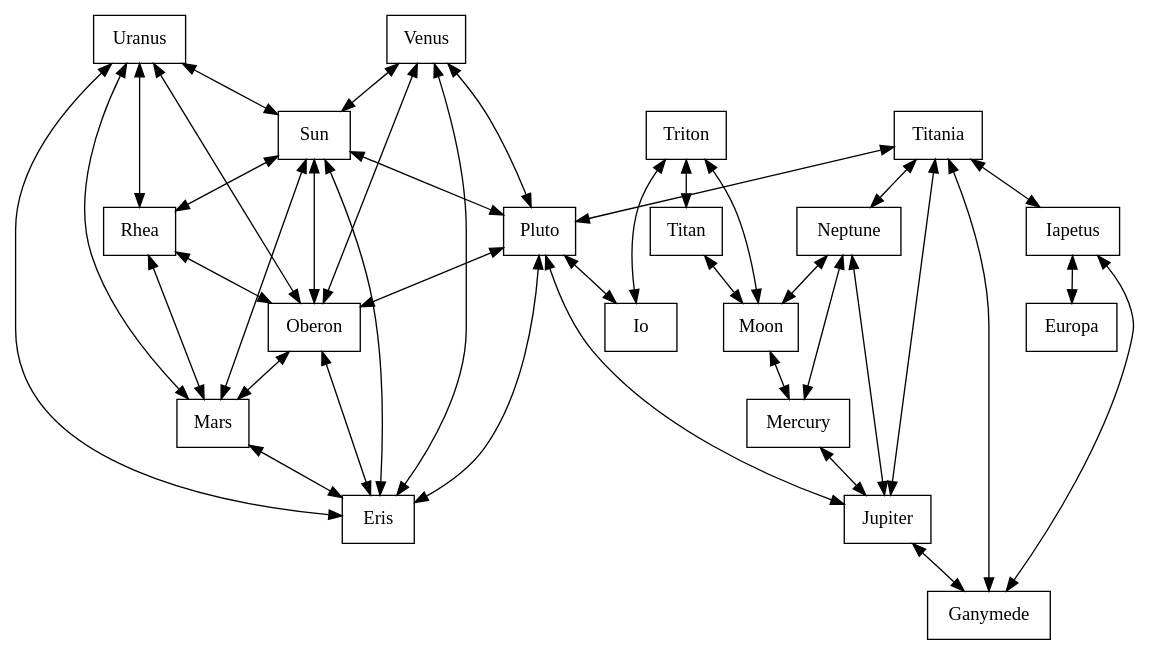
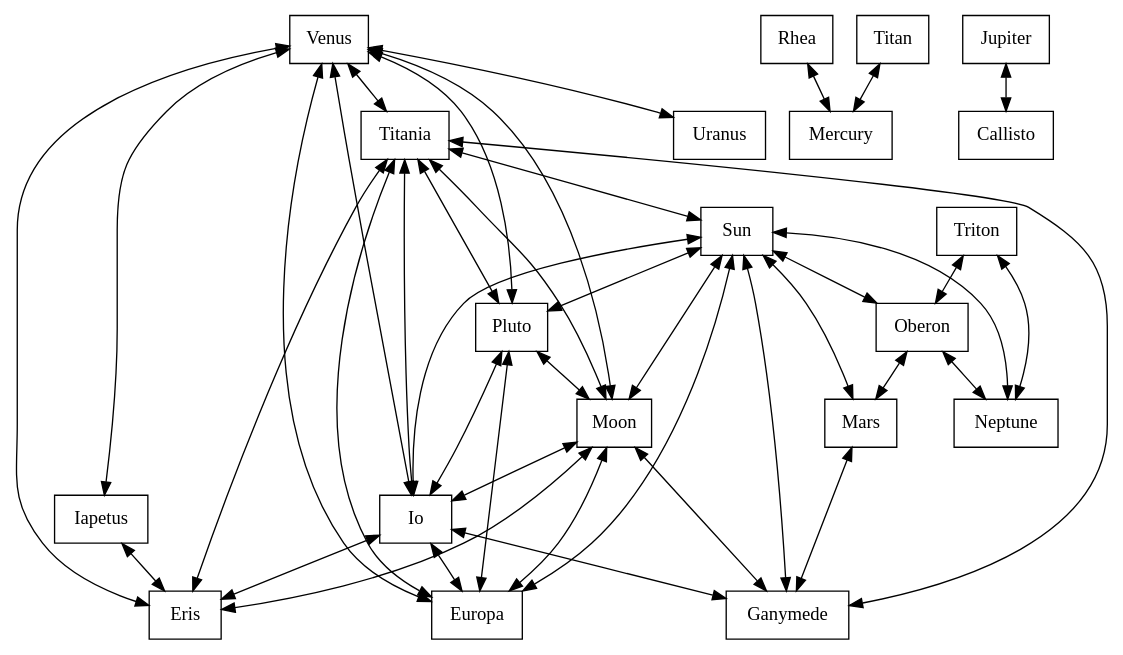
One commit to lmelkamu/JeopardyIsland_Final changed the diagram in map.dot. Above: the diagram before and after it, drawn with Graphviz. The commit also changed 5 other files, not shown here.

```diff
--- a/map.dot
+++ b/map.dot
@@ -1,64 +1,67 @@
 digraph G {
   Eris [fillcolor="#0003E8", label="Eris", shape=box, ];
   Neptune [fillcolor="#0003E8", label="Neptune", shape=box, ];
   Mercury [fillcolor="#0003E8", label="Mercury", shape=box, ];
   Uranus [fillcolor="#0003E8", label="Uranus", shape=box, ];
   Ganymede [fillcolor="#0003E8", label="Ganymede", shape=box, ];
   Rhea [fillcolor="#0003E8", label="Rhea", shape=box, ];
   Titan [fillcolor="#0003E8", label="Titan", shape=box, ];
   Moon [fillcolor="#0003E8", label="Moon", shape=box, ];
   Sun [fillcolor="#0003E8", label="Sun", shape=box, ];
   Oberon [fillcolor="#0003E8", label="Oberon", shape=box, ];
   Venus [fillcolor="#0003E8", label="Venus", shape=box, ];
   Iapetus [fillcolor="#0003E8", label="Iapetus", shape=box, ];
   Titania [fillcolor="#0003E8", label="Titania", shape=box, ];
   Jupiter [fillcolor="#0003E8", label="Jupiter", shape=box, ];
   Europa [fillcolor="#0003E8", label="Europa", shape=box, ];
+  Callisto [fillcolor="#0003E8", label="Callisto", shape=box, ];
   Pluto [fillcolor="#0003E8", label="Pluto", shape=box, ];
   Mars [fillcolor="#0003E8", label="Mars", shape=box, ];
   Io [fillcolor="#0003E8", label="Io", shape=box, ];
   Triton [fillcolor="#0003E8", label="Triton", shape=box, ];
   
   
-  Neptune -> Jupiter [dir=both, ];
-  Neptune -> Mercury [dir=both, ];
-  Neptune -> Moon [dir=both, ];
-  Mercury -> Jupiter [dir=both, ];
-  Uranus -> Eris [dir=both, ];
-  Uranus -> Mars [dir=both, ];
-  Uranus -> Oberon [dir=both, ];
-  Uranus -> Rhea [dir=both, ];
-  Uranus -> Sun [dir=both, ];
-  Rhea -> Mars [dir=both, ];
-  Rhea -> Oberon [dir=both, ];
-  Titan -> Moon [dir=both, ];
-  Moon -> Mercury [dir=both, ];
-  Sun -> Eris [dir=both, ];
+  Rhea -> Mercury [dir=both, ];
+  Titan -> Mercury [dir=both, ];
+  Moon -> Eris [dir=both, ];
+  Moon -> Europa [dir=both, ];
+  Moon -> Ganymede [dir=both, ];
+  Moon -> Io [dir=both, ];
+  Sun -> Europa [dir=both, ];
+  Sun -> Ganymede [dir=both, ];
+  Sun -> Io [dir=both, ];
   Sun -> Mars [dir=both, ];
+  Sun -> Moon [dir=both, ];
+  Sun -> Neptune [dir=both, ];
   Sun -> Oberon [dir=both, ];
   Sun -> Pluto [dir=both, ];
-  Sun -> Rhea [dir=both, ];
-  Oberon -> Eris [dir=both, ];
   Oberon -> Mars [dir=both, ];
+  Oberon -> Neptune [dir=both, ];
   Venus -> Eris [dir=both, ];
-  Venus -> Oberon [dir=both, ];
+  Venus -> Europa [dir=both, ];
+  Venus -> Iapetus [dir=both, ];
+  Venus -> Io [dir=both, ];
+  Venus -> Moon [dir=both, ];
   Venus -> Pluto [dir=both, ];
-  Venus -> Sun [dir=both, ];
-  Iapetus -> Europa [dir=both, ];
-  Iapetus -> Ganymede [dir=both, ];
+  Venus -> Titania [dir=both, ];
+  Venus -> Uranus [dir=both, ];
+  Iapetus -> Eris [dir=both, ];
+  Titania -> Eris [dir=both, ];
+  Titania -> Europa [dir=both, ];
   Titania -> Ganymede [dir=both, ];
-  Titania -> Iapetus [dir=both, ];
-  Titania -> Jupiter [dir=both, ];
-  Titania -> Neptune [dir=both, ];
+  Titania -> Io [dir=both, ];
+  Titania -> Moon [dir=both, ];
   Titania -> Pluto [dir=both, ];
-  Jupiter -> Ganymede [dir=both, ];
-  Pluto -> Eris [dir=both, ];
+  Titania -> Sun [dir=both, ];
+  Jupiter -> Callisto [dir=both, ];
+  Pluto -> Europa [dir=both, ];
   Pluto -> Io [dir=both, ];
-  Pluto -> Jupiter [dir=both, ];
-  Pluto -> Oberon [dir=both, ];
-  Mars -> Eris [dir=both, ];
-  Triton -> Io [dir=both, ];
-  Triton -> Moon [dir=both, ];
-  Triton -> Titan [dir=both, ];
+  Pluto -> Moon [dir=both, ];
+  Mars -> Ganymede [dir=both, ];
+  Io -> Eris [dir=both, ];
+  Io -> Europa [dir=both, ];
+  Io -> Ganymede [dir=both, ];
+  Triton -> Neptune [dir=both, ];
+  Triton -> Oberon [dir=both, ];
   
   }
```
